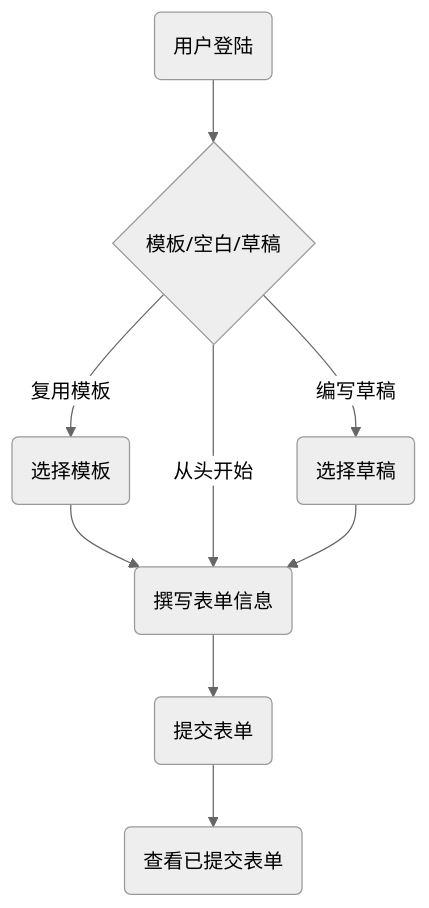
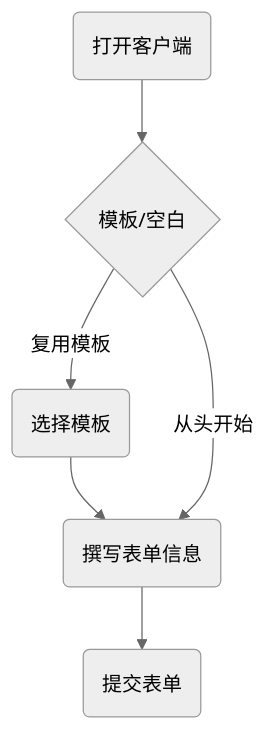
One commit to Pylogmon/committer changed the first of 3 diagrams in docs/需求分析.md. Above: the diagram before and after it, drawn with Mermaid (neutral theme). The commit also changed other lines of this file, not shown here.

Commit message:
docs: 完善需求分析文档

````diff
--- a/docs/需求分析.md
+++ b/docs/需求分析.md
@@ -39,9 +39,8 @@
 ```mermaid
 graph TB
-    login(用户登陆) --> select{模板/空白/草稿}
-    select --复用模板--> muban(选择模板) --> write(撰写表单信息)
+    start(打开客户端) --> select{模板/空白}
+    select --复用模板--> template(选择模板)
+    template --> write(撰写表单信息)
     select --从头开始--> write(撰写表单信息)
-    select --编写草稿--> 草稿(选择草稿) --> write(撰写表单信息)
     write --> commit(提交表单)
-    commit --> view(查看已提交表单)
 ```
````
